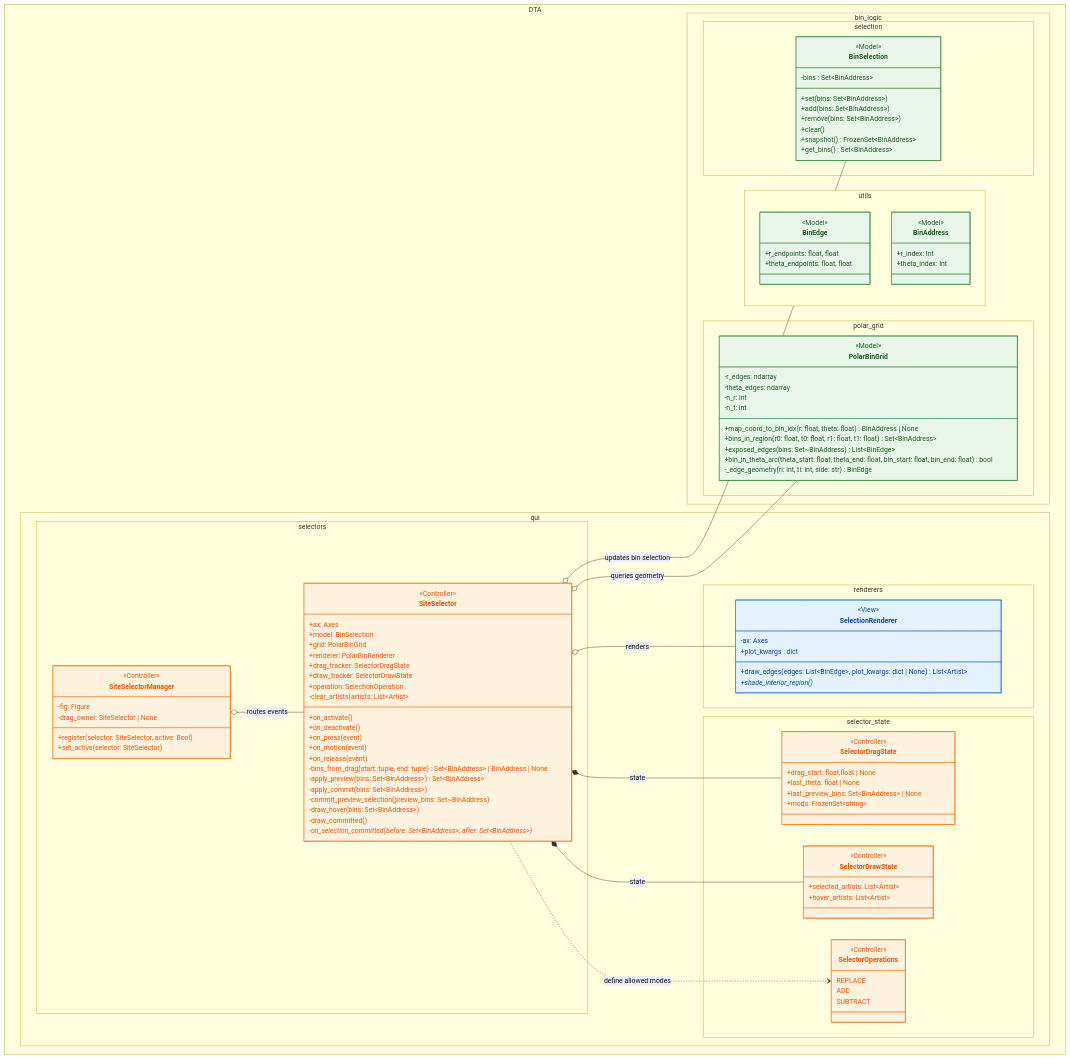
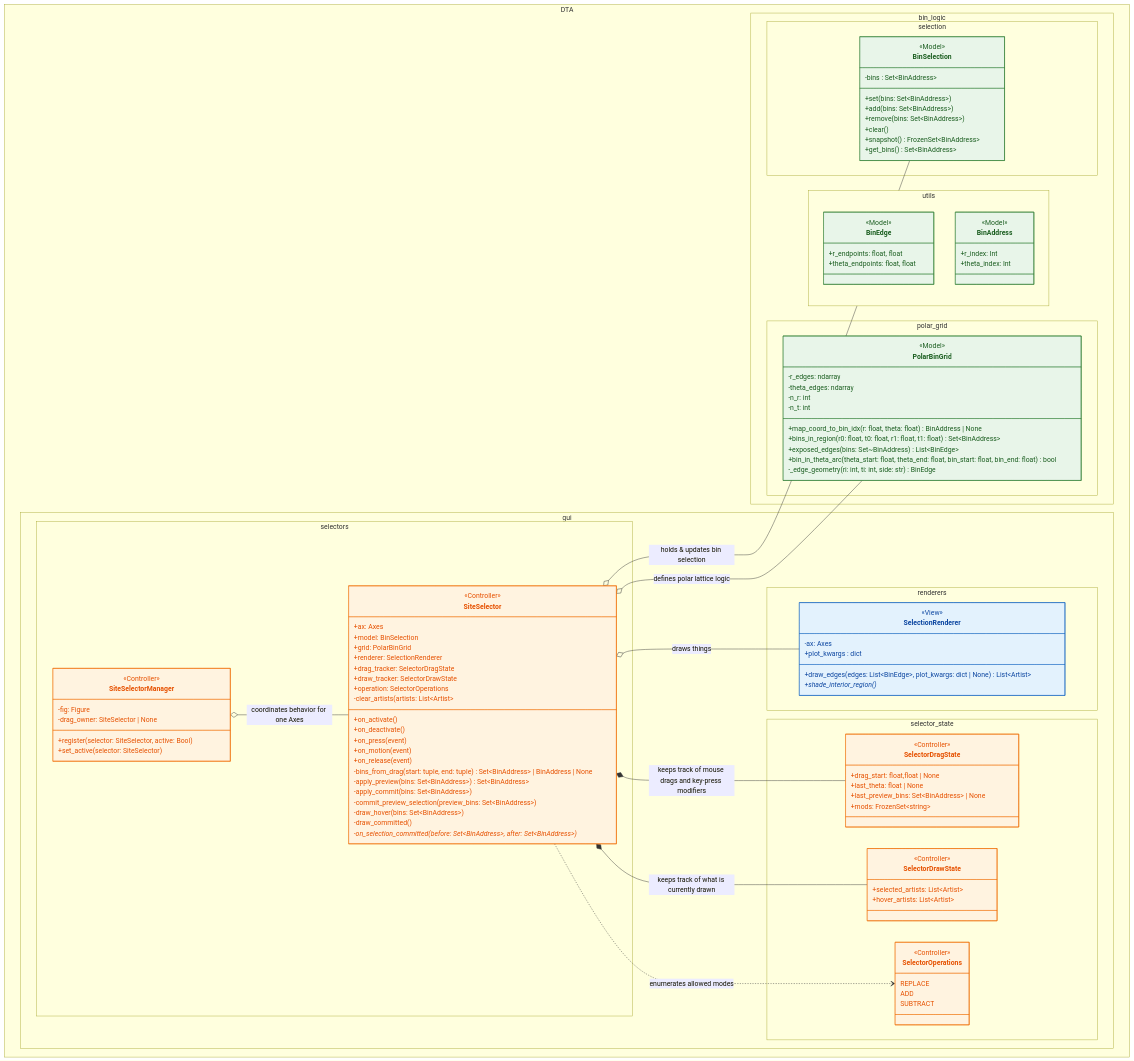
Before and after one commit to BranniganLab/density_threshold_affinity: the first of 2 diagrams in python/DTA/gui/README.md, drawn with Mermaid.

Commit message:
Change class diagram

```diff
--- a/python/DTA/gui/README.md
+++ b/python/DTA/gui/README.md
@@ -156,10 +156,10 @@
     +ax: Axes
     +model: BinSelection
     +grid: PolarBinGrid
-    +renderer: PolarBinRenderer
+    +renderer: SelectionRenderer
     +drag_tracker: SelectorDragState
     +draw_tracker: SelectorDrawState
-    +operation: SelectionOperation
+    +operation: SelectorOperations
     +on_activate()
     +on_deactivate()
     +on_press(event)
@@ -168,7 +168,7 @@
     -bins_from_drag(start: tuple, end: tuple) Set~BinAddress~ | BinAddress | None
     -apply_preview(bins: Set~BinAddress~) Set~BinAddress~
     -apply_commit(bins: Set~BinAddress~)
-    -commit_preview_selection(preview_bins: Set~BinAddress)
+    -commit_preview_selection(preview_bins: Set~BinAddress~)
     -draw_hover(bins: Set~BinAddress~)
     -draw_committed()
     -clear_artists(artists: List~Artist~
@@ -186,14 +186,14 @@
 %% Relationships
 %% =========================
 
-SiteSelector o-- PolarBinGrid : queries geometry
-SiteSelector o-- BinSelection : updates bin selection
-SiteSelector o-- SelectionRenderer : renders
-SiteSelector *-- SelectorDragState : state
-SiteSelector *-- SelectorDrawState : state
-SiteSelector ..> SelectorOperations : define allowed modes
+SiteSelector o-- PolarBinGrid : defines polar lattice logic
+SiteSelector o-- BinSelection : holds & updates bin selection
+SiteSelector o-- SelectionRenderer : draws things
+SiteSelector *-- SelectorDragState : keeps track of mouse drags and key-press modifiers
+SiteSelector *-- SelectorDrawState : keeps track of what is currently drawn
+SiteSelector ..> SelectorOperations : enumerates allowed modes
 
-SiteSelectorManager o-- SiteSelector : routes events
+SiteSelectorManager o-- SiteSelector : coordinates behavior for one Axes
 
 %% =========================
 %% Styling (MVC color coding)
```
